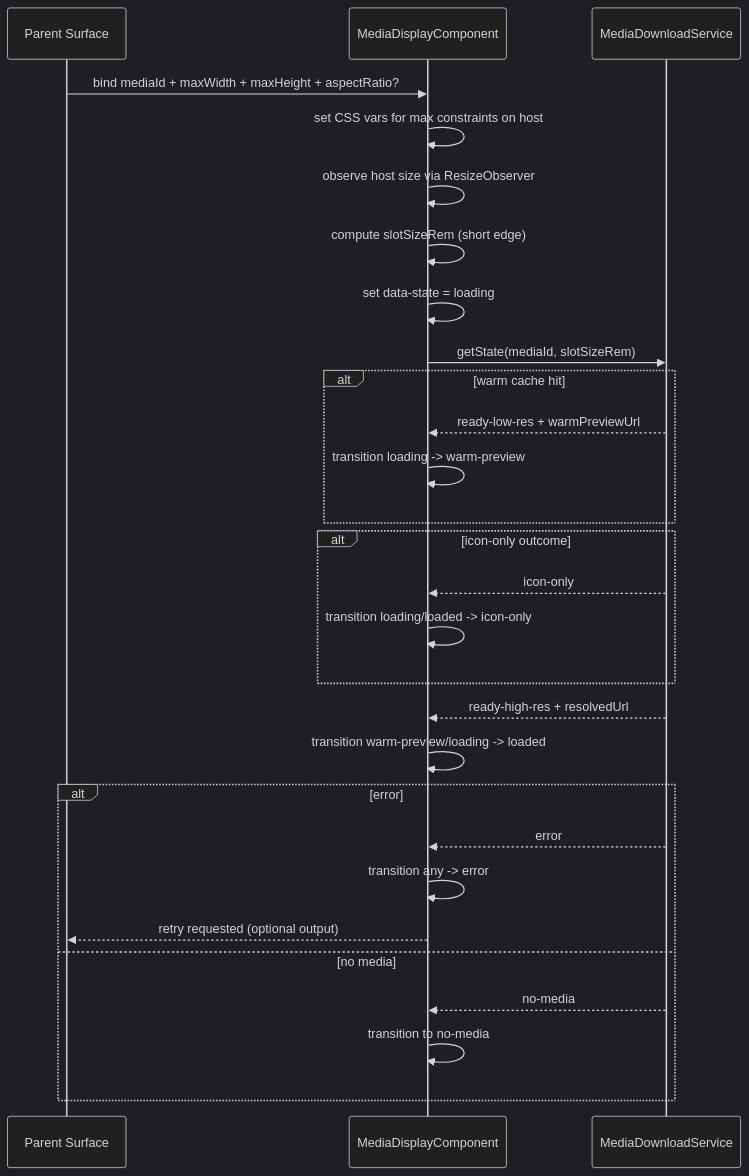
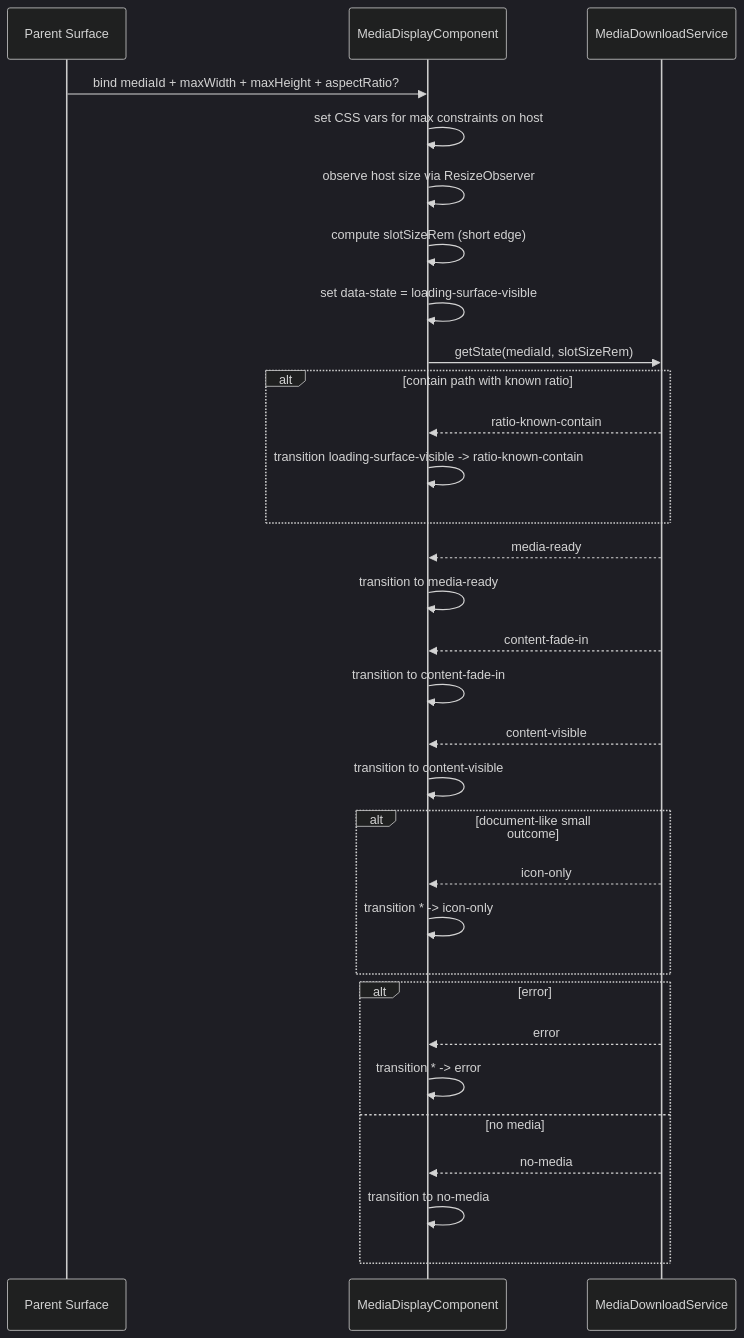
The second of 2 diagrams in docs/specs/component/media-display.md (matkleve/feldpost), drawn with Mermaid (dark theme) before and after one commit. The commit also changed other lines of this file and 2 other files, not shown here.

Commit message:
feat(media-display): update media states and transitions for improved rendering logic

````diff
--- a/docs/specs/component/media-display.md
+++ b/docs/specs/component/media-display.md
@@ -309,31 +348,34 @@
 ```mermaid
 sequenceDiagram
   participant P as Parent Surface
   participant D as MediaDisplayComponent
   participant S as MediaDownloadService
 
   P->>D: bind mediaId + maxWidth + maxHeight + aspectRatio?
   D->>D: set CSS vars for max constraints on host
   D->>D: observe host size via ResizeObserver
   D->>D: compute slotSizeRem (short edge)
-  D->>D: set data-state = loading
+  D->>D: set data-state = loading-surface-visible
   D->>S: getState(mediaId, slotSizeRem)
-  alt warm cache hit
-    S-->>D: ready-low-res + warmPreviewUrl
-    D->>D: transition loading -> warm-preview
+  alt contain path with known ratio
+    S-->>D: ratio-known-contain
+    D->>D: transition loading-surface-visible -> ratio-known-contain
   end
-  alt icon-only outcome
+  S-->>D: media-ready
+  D->>D: transition to media-ready
+  S-->>D: content-fade-in
+  D->>D: transition to content-fade-in
+  S-->>D: content-visible
+  D->>D: transition to content-visible
+  alt document-like small outcome
     S-->>D: icon-only
-    D->>D: transition loading/loaded -> icon-only
+    D->>D: transition * -> icon-only
   end
-  S-->>D: ready-high-res + resolvedUrl
-  D->>D: transition warm-preview/loading -> loaded
   alt error
     S-->>D: error
-    D->>D: transition any -> error
-    D-->>P: retry requested (optional output)
+    D->>D: transition * -> error
   else no media
     S-->>D: no-media
     D->>D: transition to no-media
   end
 ```
````
